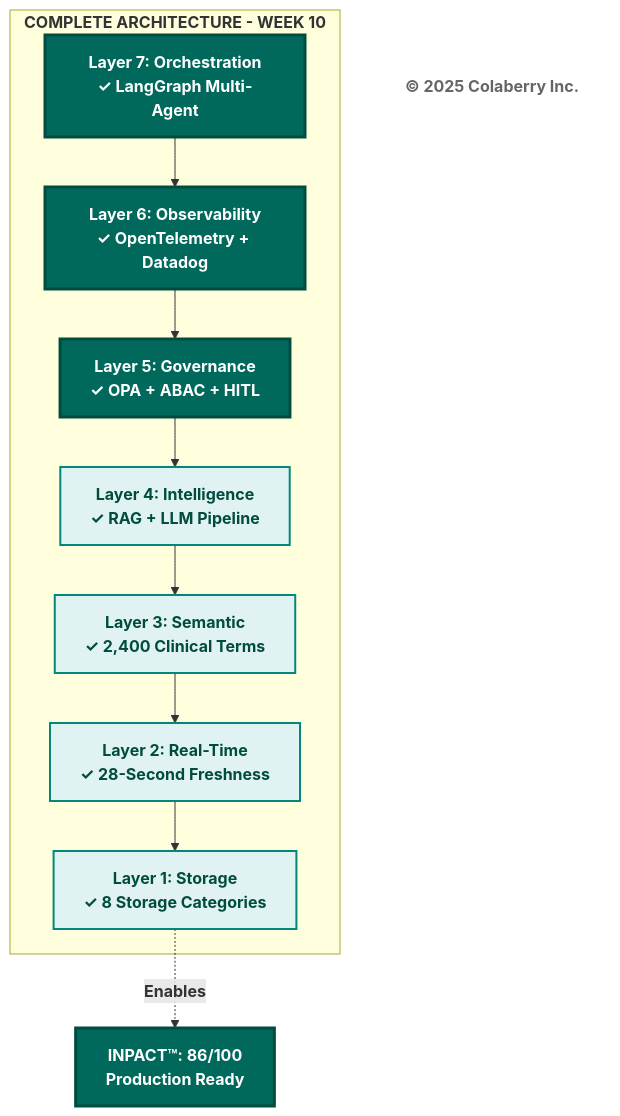
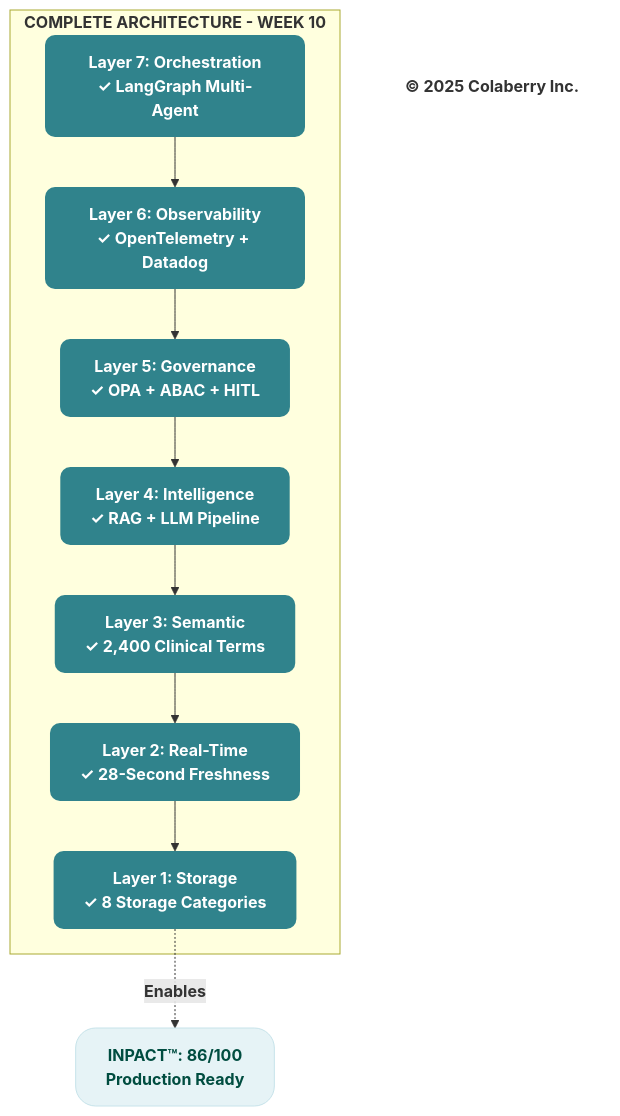
One commit to saitejesh-cyber/trust-before-intelligence-book changed diagram 13 of 14 in manuscript/07_chapter_6_transparency_orchestration_layers.md. Above: the diagram before and after it, drawn with Mermaid. The commit also changed other lines of this file and 7 other files, not shown here.

Commit message:
Chapter 6to13: Updated mermaid diagrams based on new colaberry color code

````diff
--- a/manuscript/07_chapter_6_transparency_orchestration_layers.md
+++ b/manuscript/07_chapter_6_transparency_orchestration_layers.md
@@ -1221,29 +1221,29 @@
 ```mermaid
 graph TB
     subgraph "<b>COMPLETE ARCHITECTURE - WEEK 10</b>"
         L7["<b>Layer 7: Orchestration</b><br/><b>✓ LangGraph Multi-Agent</b>"]
         L6["<b>Layer 6: Observability</b><br/><b>✓ OpenTelemetry + Datadog</b>"]
         L5["<b>Layer 5: Governance</b><br/><b>✓ OPA + ABAC + HITL</b>"]
         L4["<b>Layer 4: Intelligence</b><br/><b>✓ RAG + LLM Pipeline</b>"]
         L3["<b>Layer 3: Semantic</b><br/><b>✓ 2,400 Clinical Terms</b>"]
         L2["<b>Layer 2: Real-Time</b><br/><b>✓ 28-Second Freshness</b>"]
         L1["<b>Layer 1: Storage</b><br/><b>✓ 8 Storage Categories</b>"]
     end
     
     INPACT["<b>INPACT™: 86/100</b><br/><b>Production Ready</b>"]
     
     Copyright["<b>© 2025 Colaberry Inc.</b>"]
     
     L7 --> L6 --> L5 --> L4 --> L3 --> L2 --> L1
     L1 -.->|<b>Enables</b>| INPACT
     
-    style L7 fill:#00695c,color:#ffffff,stroke:#004d40,stroke-width:3px
-    style L6 fill:#00695c,color:#ffffff,stroke:#004d40,stroke-width:3px
-    style L5 fill:#00695c,color:#ffffff,stroke:#004d40,stroke-width:3px
-    style L4 fill:#e0f2f1,stroke:#00897b,stroke-width:2px,color:#004d40
-    style L3 fill:#e0f2f1,stroke:#00897b,stroke-width:2px,color:#004d40
-    style L2 fill:#e0f2f1,stroke:#00897b,stroke-width:2px,color:#004d40
-    style L1 fill:#e0f2f1,stroke:#00897b,stroke-width:2px,color:#004d40
-    style INPACT fill:#00695c,color:#ffffff,stroke:#004d40,stroke-width:3px
-    style Copyright fill:#ffffff,stroke:none,color:#666666
+    style L7 fill:#30838C,stroke:none,color:#ffffff,rx:10,ry:10
+    style L6 fill:#30838C,stroke:none,color:#ffffff,rx:10,ry:10
+    style L5 fill:#30838C,stroke:none,color:#ffffff,rx:10,ry:10
+    style L4 fill:#30838C,stroke:none,color:#ffffff,rx:10,ry:10
+    style L3 fill:#30838C,stroke:none,color:#ffffff,rx:10,ry:10
+    style L2 fill:#30838C,stroke:none,color:#ffffff,rx:10,ry:10
+    style L1 fill:#30838C,stroke:none,color:#ffffff,rx:10,ry:10
+    style INPACT fill:#e6f3f6,stroke:#c7e3ea,stroke-width:1px,color:#004d40,rx:20,ry:20
+    style Copyright fill:none,stroke:none,color:#333333
 ```
````
